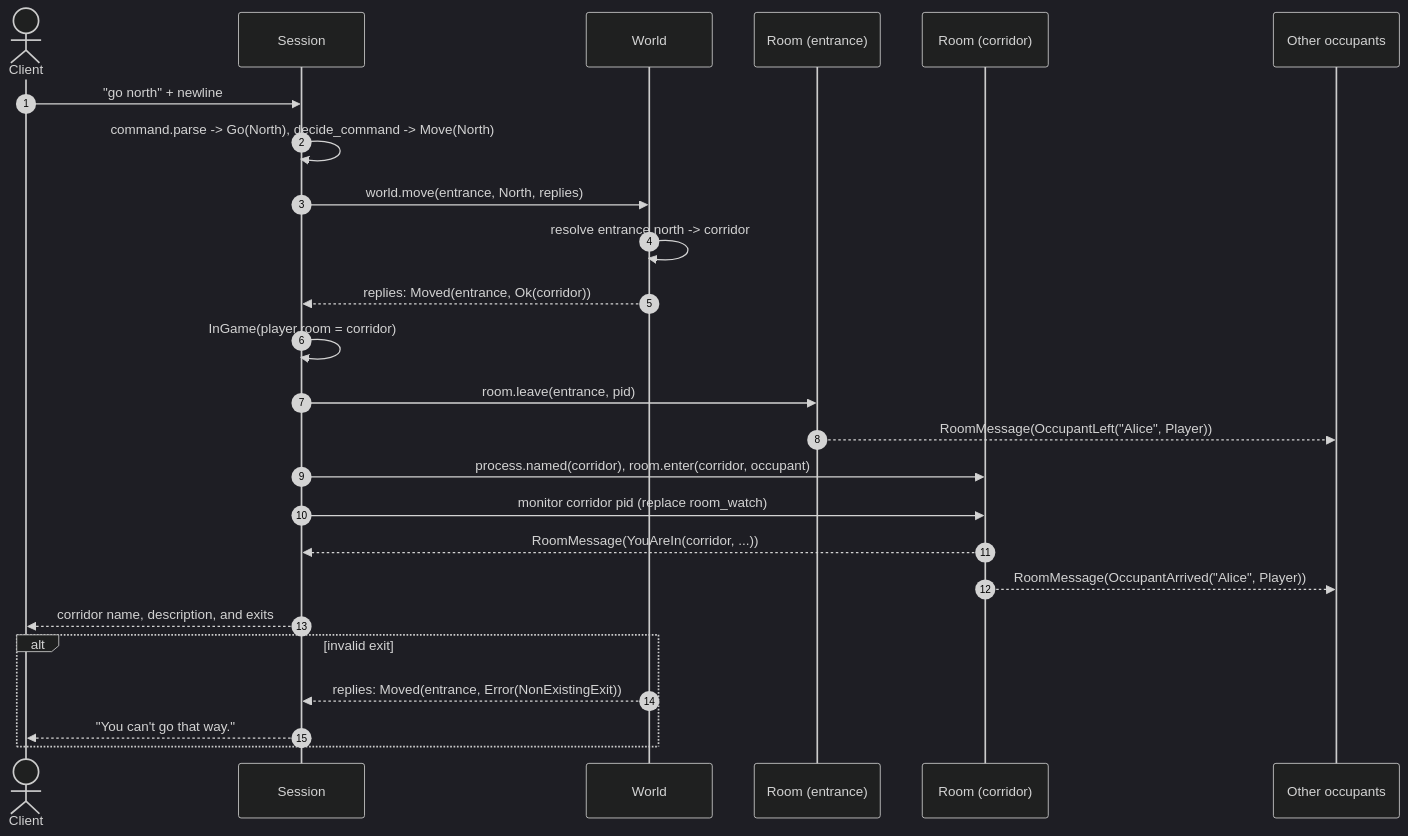
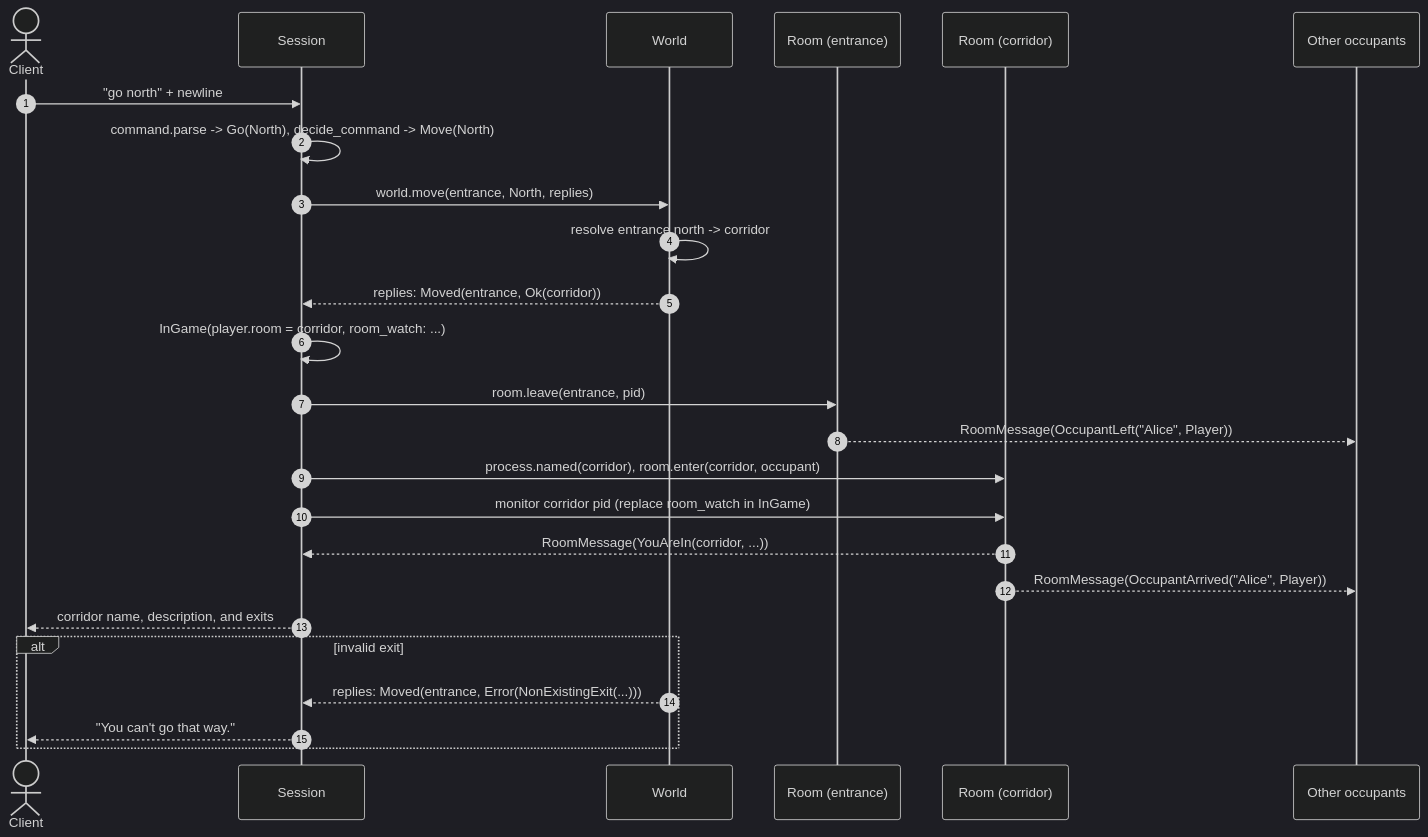
The fifth of 9 diagrams in README.md (dlozeve/mud), drawn with Mermaid (dark theme) before and after one commit. The commit also changed other lines of this file, not shown here.

First line of the commit message:
docs: update README flows for the refactored types

````diff
--- a/README.md
+++ b/README.md
@@ -225,28 +225,28 @@
 ```mermaid
 sequenceDiagram
   autonumber
   actor C as Client
   participant S as Session
   participant W as World
   participant R1 as Room (entrance)
   participant R2 as Room (corridor)
   participant O as Other occupants
 
   C->>S: "go north" + newline
   S->>S: command.parse -> Go(North), decide_command -> Move(North)
   S->>W: world.move(entrance, North, replies)
   W->>W: resolve entrance.north -> corridor
   W-->>S: replies: Moved(entrance, Ok(corridor))
-  S->>S: InGame(player.room = corridor)
+  S->>S: InGame(player.room = corridor, room_watch: ...)
   S->>R1: room.leave(entrance, pid)
   R1-->>O: RoomMessage(OccupantLeft("Alice", Player))
   S->>R2: process.named(corridor), room.enter(corridor, occupant)
-  S->>R2: monitor corridor pid (replace room_watch)
+  S->>R2: monitor corridor pid (replace room_watch in InGame)
   R2-->>S: RoomMessage(YouAreIn(corridor, ...))
   R2-->>O: RoomMessage(OccupantArrived("Alice", Player))
   S-->>C: corridor name, description, and exits
   alt invalid exit
-    W-->>S: replies: Moved(entrance, Error(NonExistingExit))
+    W-->>S: replies: Moved(entrance, Error(NonExistingExit(...)))
     S-->>C: "You can't go that way."
   end
 ```
````
